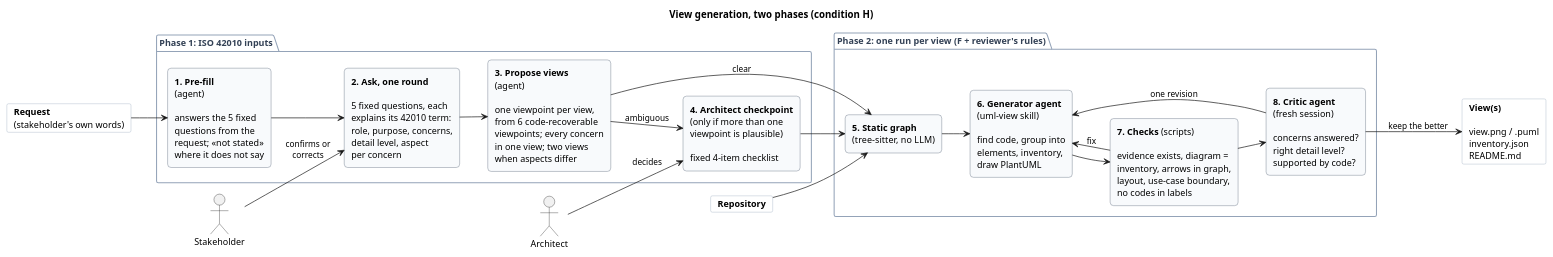
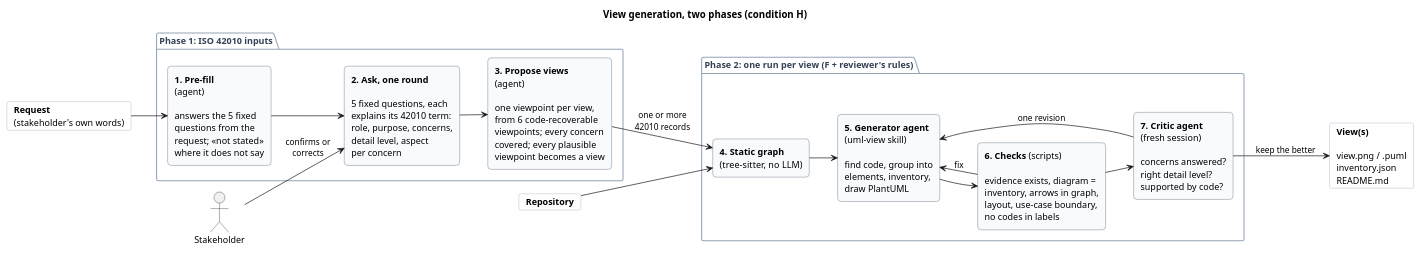
One commit to sa4s-serc/task2View changed the diagram in experiments/view-generation-2026-10/docs/architecture-H.puml. Above: the diagram before and after it, drawn with PlantUML. The commit also changed 4 other files, not shown here.

Commit message:
Phase 1: every plausible viewpoint becomes a view; architect checkpoint removed

```diff
--- a/experiments/view-generation-2026-10/docs/architecture-H.puml
+++ b/experiments/view-generation-2026-10/docs/architecture-H.puml
@@ -1,58 +1,53 @@
 @startuml
 title View generation, two phases (condition H)
 left to right direction
 skinparam defaultFontName Helvetica
 skinparam defaultFontSize 13
 skinparam ArrowFontSize 12
 skinparam rectangleRoundCorner 10
 skinparam nodesep 35
 skinparam ranksep 40
 skinparam rectangle {
   BackgroundColor #F8FAFC
   BorderColor #475569
 }
 skinparam card {
   BackgroundColor #FFFFFF
   BorderColor #94A3B8
 }
 skinparam package {
   BorderColor #94A3B8
   FontColor #334155
 }
 
 card "**Request**\n(stakeholder's own words)" as req
 card "**Repository**" as repo
 actor "Stakeholder" as sh
-actor "Architect" as arch
 
 package "Phase 1: ISO 42010 inputs" {
   rectangle "**1. Pre-fill**\n(agent)\n\nanswers the 5 fixed\nquestions from the\nrequest; «not stated»\nwhere it does not say" as pre
   rectangle "**2. Ask, one round**\n\n5 fixed questions, each\nexplains its 42010 term:\nrole, purpose, concerns,\ndetail level, aspect\nper concern" as ask
-  rectangle "**3. Propose views**\n(agent)\n\none viewpoint per view,\nfrom 6 code-recoverable\nviewpoints; every concern\nin one view; two views\nwhen aspects differ" as prop
-  rectangle "**4. Architect checkpoint**\n(only if more than one\nviewpoint is plausible)\n\nfixed 4-item checklist" as cp
+  rectangle "**3. Propose views**\n(agent)\n\none viewpoint per view,\nfrom 6 code-recoverable\nviewpoints; every concern\ncovered; every plausible\nviewpoint becomes a view" as prop
 }
 
 package "Phase 2: one run per view (F + reviewer's rules)" {
-  rectangle "**5. Static graph**\n(tree-sitter, no LLM)" as graph
-  rectangle "**6. Generator agent**\n(uml-view skill)\n\nfind code, group into\nelements, inventory,\ndraw PlantUML" as gen
-  rectangle "**7. Checks** (scripts)\n\nevidence exists, diagram =\ninventory, arrows in graph,\nlayout, use-case boundary,\nno codes in labels" as chk
-  rectangle "**8. Critic agent**\n(fresh session)\n\nconcerns answered?\nright detail level?\nsupported by code?" as critic
+  rectangle "**4. Static graph**\n(tree-sitter, no LLM)" as graph
+  rectangle "**5. Generator agent**\n(uml-view skill)\n\nfind code, group into\nelements, inventory,\ndraw PlantUML" as gen
+  rectangle "**6. Checks** (scripts)\n\nevidence exists, diagram =\ninventory, arrows in graph,\nlayout, use-case boundary,\nno codes in labels" as chk
+  rectangle "**7. Critic agent**\n(fresh session)\n\nconcerns answered?\nright detail level?\nsupported by code?" as critic
 }
 card "**View(s)**\n\nview.png / .puml\ninventory.json\nREADME.md" as out
 
 req --> pre
 pre --> ask
 sh --> ask : confirms or\ncorrects
 ask --> prop
-prop --> cp : ambiguous
-arch --> cp : decides
-prop --> graph : clear
-cp --> graph
+prop --> graph : one or more\n42010 records
 repo --> graph
 graph --> gen
 gen --> chk
 chk --> gen : fix
 chk --> critic
 critic --> gen : one revision
 critic --> out : keep the better
 @enduml
```
